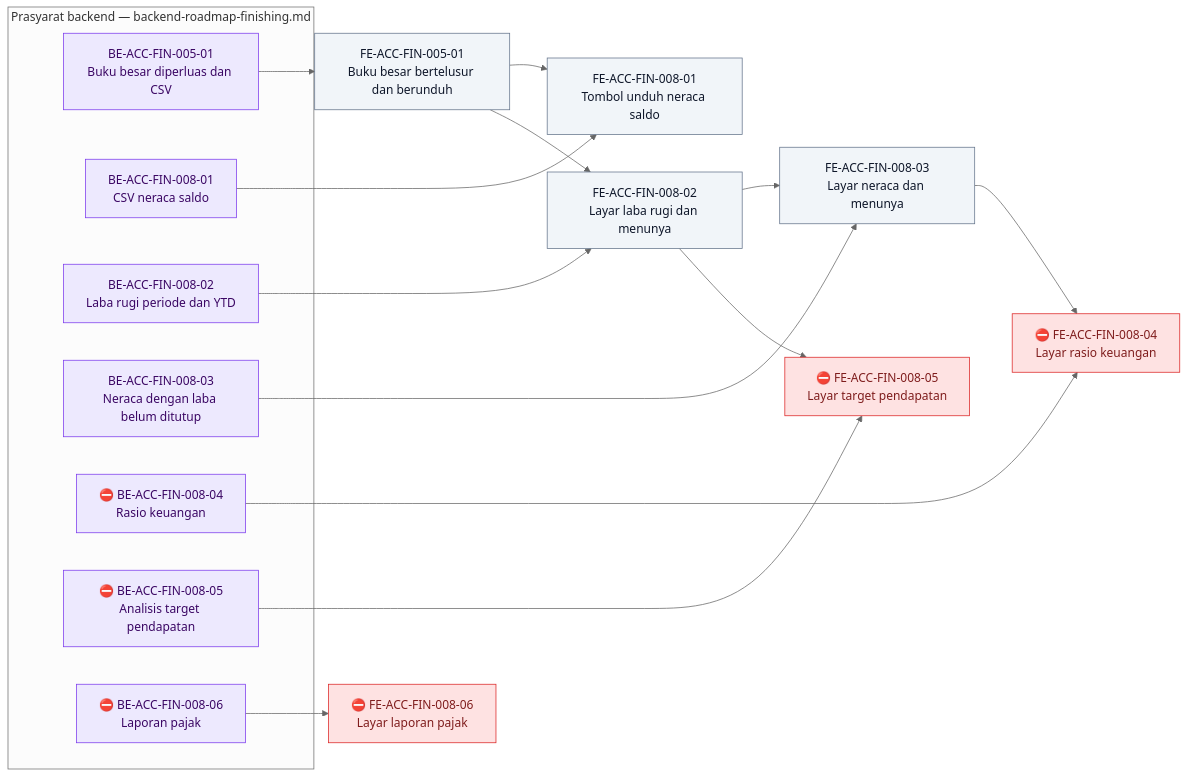
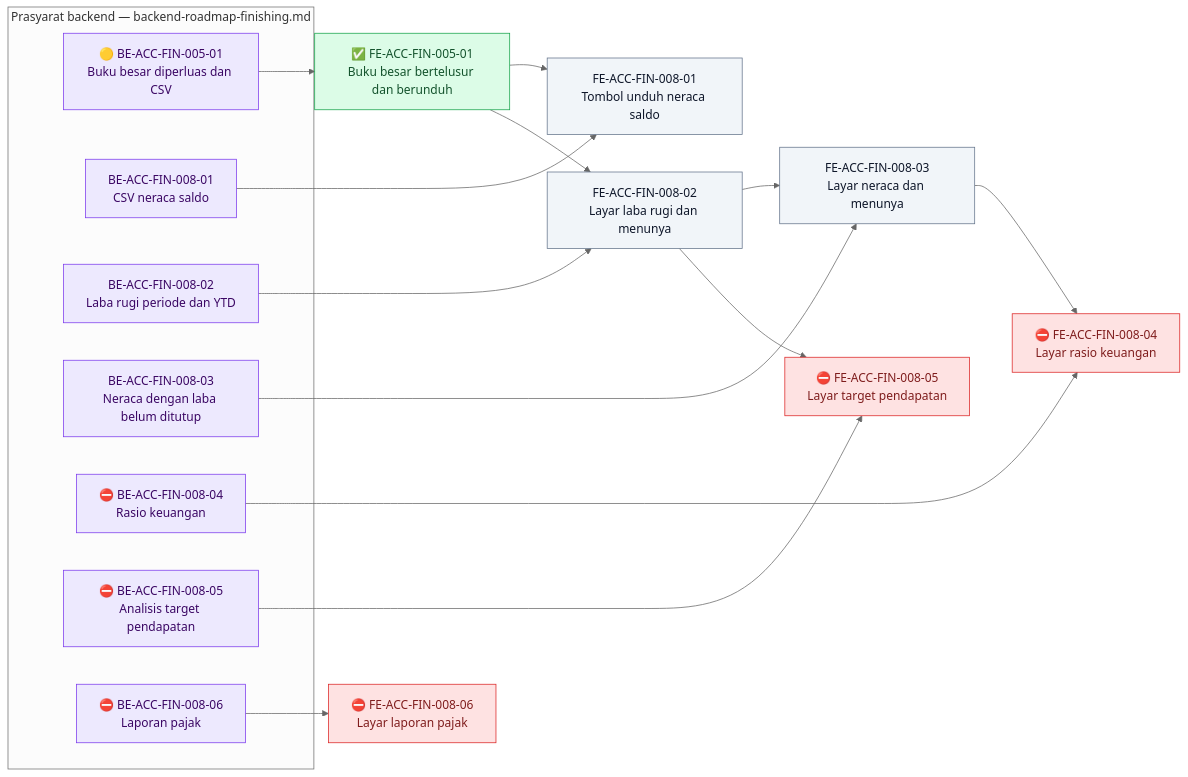
Before and after one commit to DevBenari/NewQuilvianSystemBackend: the diagram in docs/module-blueprints/accounting/roadmap/frontend-roadmap-finishing.md, drawn with Mermaid (neutral theme). The commit also changed other lines of this file and 11 other files, not shown here.

First line of the commit message:
feat(accounting): buku besar bersaring unit biaya, asal jurnal, ringkasan, dan CSV (BE-ACC-FIN-005-01)

````diff
--- a/docs/module-blueprints/accounting/roadmap/frontend-roadmap-finishing.md
+++ b/docs/module-blueprints/accounting/roadmap/frontend-roadmap-finishing.md
@@ -40,39 +40,39 @@
 ```mermaid
 flowchart LR
     classDef selesai fill:#DCFCE7,stroke:#16A34A,color:#14532D
     classDef sebagian fill:#FEF9C3,stroke:#CA8A04,color:#713F12
     classDef terblokir fill:#FEE2E2,stroke:#DC2626,color:#7F1D1D
     classDef belum fill:#F1F5F9,stroke:#64748B,color:#0F172A
     classDef luar fill:#EDE9FE,stroke:#7C3AED,color:#3B0764
 
     subgraph backend["Prasyarat backend — backend-roadmap-finishing.md"]
-        BEACCFIN00501["BE-ACC-FIN-005-01<br/>Buku besar diperluas dan CSV"]:::luar
+        BEACCFIN00501["🟡 BE-ACC-FIN-005-01<br/>Buku besar diperluas dan CSV"]:::luar
         BEACCFIN00801["BE-ACC-FIN-008-01<br/>CSV neraca saldo"]:::luar
         BEACCFIN00802["BE-ACC-FIN-008-02<br/>Laba rugi periode dan YTD"]:::luar
         BEACCFIN00803["BE-ACC-FIN-008-03<br/>Neraca dengan laba belum ditutup"]:::luar
         BEACCFIN00804["⛔ BE-ACC-FIN-008-04<br/>Rasio keuangan"]:::luar
         BEACCFIN00805["⛔ BE-ACC-FIN-008-05<br/>Analisis target pendapatan"]:::luar
         BEACCFIN00806["⛔ BE-ACC-FIN-008-06<br/>Laporan pajak"]:::luar
     end
 
-    FEACCFIN00501["FE-ACC-FIN-005-01<br/>Buku besar bertelusur dan berunduh"]:::belum
+    FEACCFIN00501["✅ FE-ACC-FIN-005-01<br/>Buku besar bertelusur dan berunduh"]:::selesai
     FEACCFIN00801["FE-ACC-FIN-008-01<br/>Tombol unduh neraca saldo"]:::belum
     FEACCFIN00802["FE-ACC-FIN-008-02<br/>Layar laba rugi dan menunya"]:::belum
     FEACCFIN00803["FE-ACC-FIN-008-03<br/>Layar neraca dan menunya"]:::belum
     FEACCFIN00804["⛔ FE-ACC-FIN-008-04<br/>Layar rasio keuangan"]:::terblokir
     FEACCFIN00805["⛔ FE-ACC-FIN-008-05<br/>Layar target pendapatan"]:::terblokir
     FEACCFIN00806["⛔ FE-ACC-FIN-008-06<br/>Layar laporan pajak"]:::terblokir
 
     BEACCFIN00501 --> FEACCFIN00501
     BEACCFIN00801 --> FEACCFIN00801
     FEACCFIN00501 --> FEACCFIN00801
     BEACCFIN00802 --> FEACCFIN00802
     FEACCFIN00501 --> FEACCFIN00802
     BEACCFIN00803 --> FEACCFIN00803
     FEACCFIN00802 --> FEACCFIN00803
     BEACCFIN00804 --> FEACCFIN00804
     FEACCFIN00803 --> FEACCFIN00804
     BEACCFIN00805 --> FEACCFIN00805
     FEACCFIN00802 --> FEACCFIN00805
     BEACCFIN00806 --> FEACCFIN00806
 ```
````
